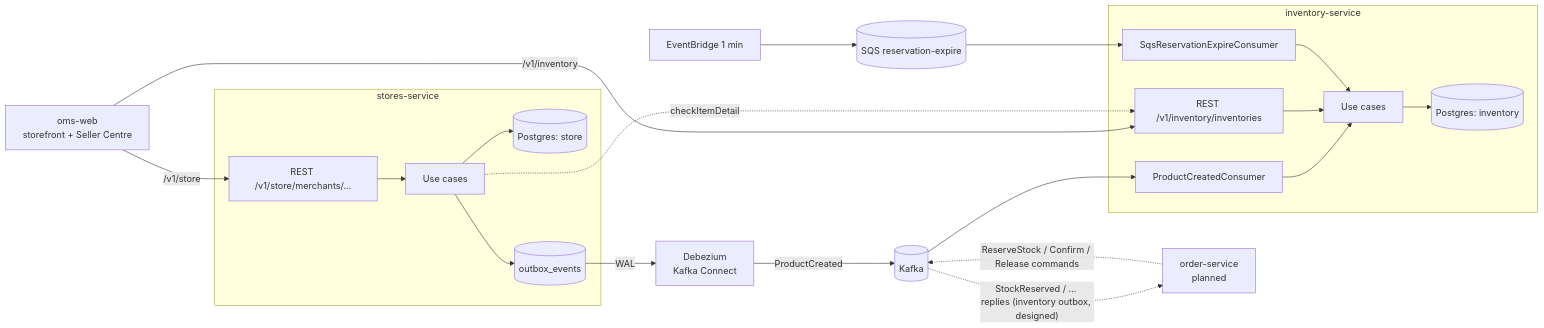
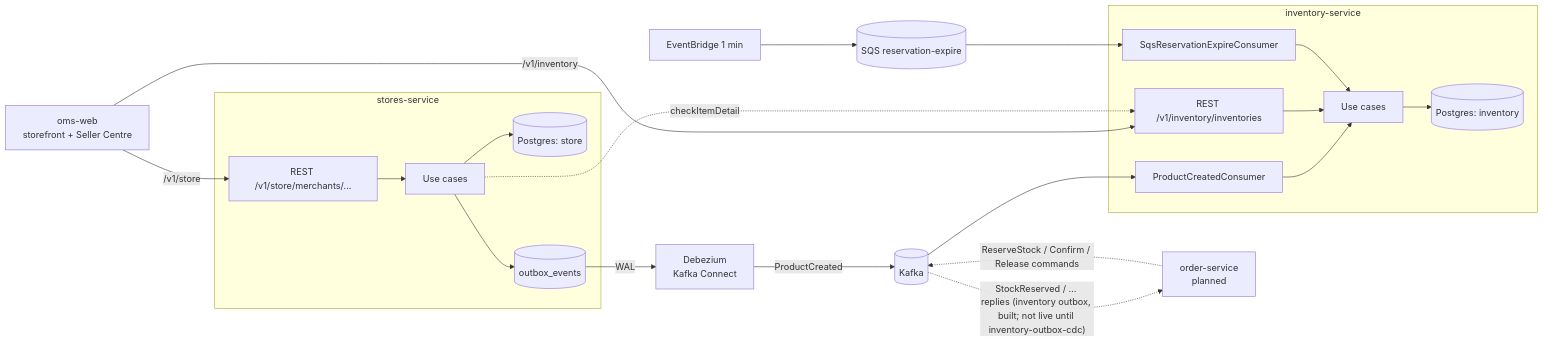
Before and after one commit to domt97/oms-workspace: the diagram in architecture/system-overview.md, drawn with Mermaid. The commit also changed 11 other files, not shown here.

First line of the commit message:
docs: inventory outbox for the stock replies (inventory-service#40)

````diff
--- a/architecture/system-overview.md
+++ b/architecture/system-overview.md
@@ -3,23 +3,23 @@
 ```mermaid
 flowchart LR
     subgraph stores-service
         SAPI[REST /v1/store/merchants/...] --> SUC[Use cases]
         SUC --> SDB[(Postgres: store)]
         SUC --> OB[(outbox_events)]
     end
     OB -- WAL --> DBZ[Debezium<br/>Kafka Connect]
     DBZ -- ProductCreated --> K[(Kafka)]
     K --> PC[ProductCreatedConsumer]
     subgraph inventory-service
         PC --> IUC[Use cases]
         IAPI[REST /v1/inventory/inventories] --> IUC
         SQS[SqsReservationExpireConsumer] --> IUC
         IUC --> IDB[(Postgres: inventory)]
     end
     EB[EventBridge 1 min] --> Q[(SQS reservation-expire)] --> SQS
     ORD[order-service<br/>planned] -. ReserveStock / Confirm / Release commands .-> K
-    K -. StockReserved / … replies (inventory outbox, designed) .-> ORD
+    K -. StockReserved / … replies (inventory outbox, built; not live until inventory-outbox-cdc) .-> ORD
     WEB[oms-web<br/>storefront + Seller Centre] -- /v1/store --> SAPI
     WEB -- /v1/inventory --> IAPI
     SUC -. checkItemDetail .-> IAPI
 ```
````
